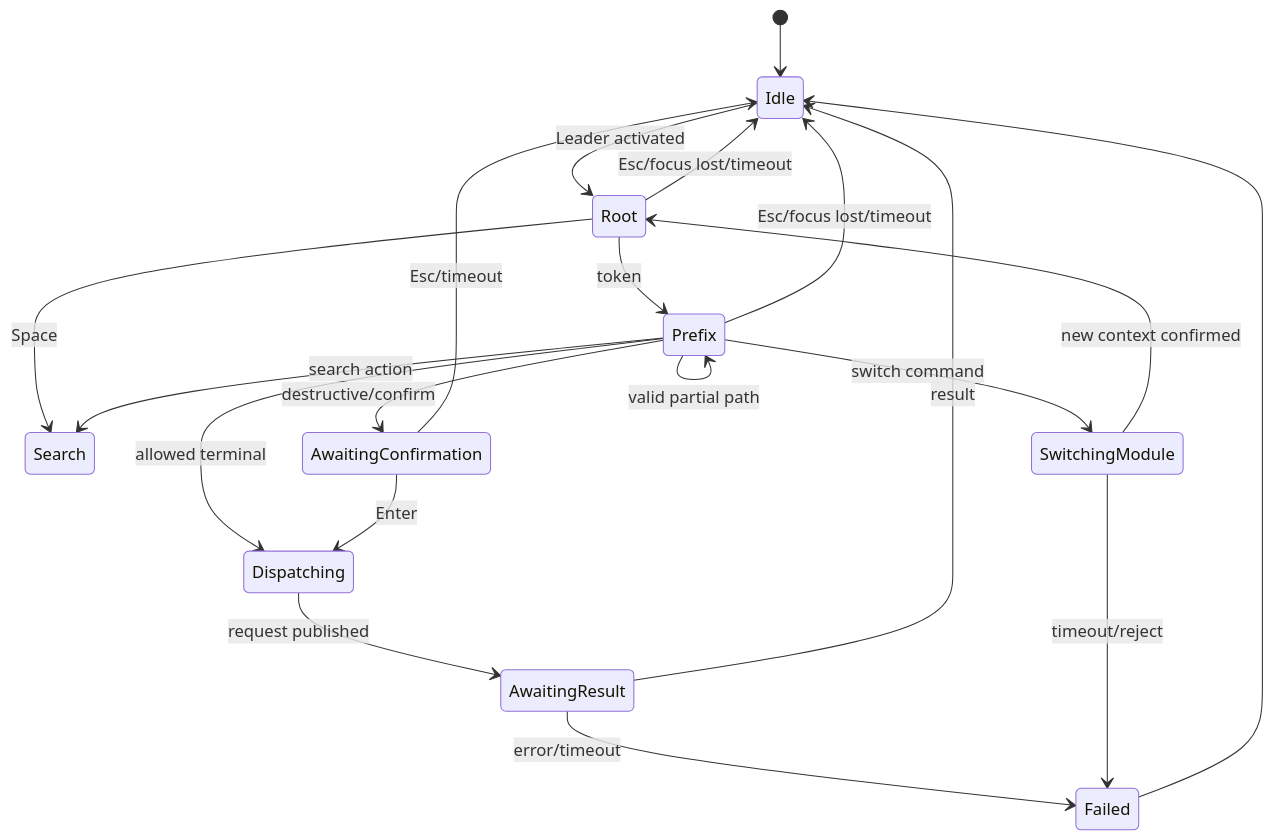
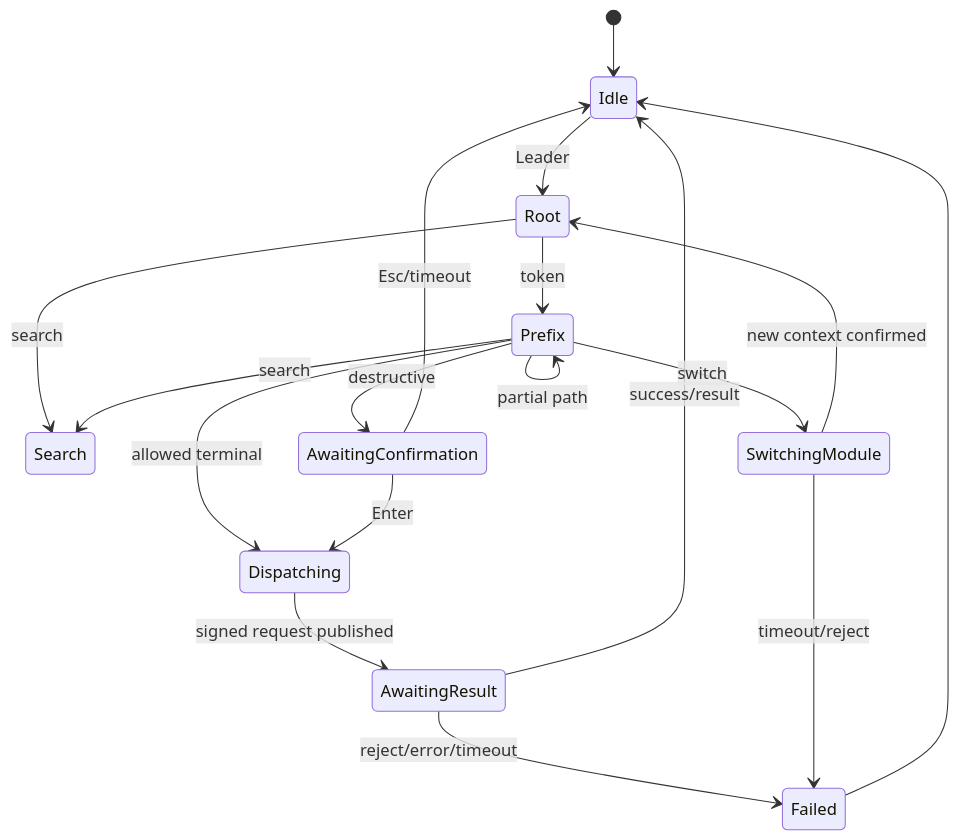
The first of 2 diagrams in docs/STATE_MACHINE_ARCHITECTURE.md (Homiakus/NXkeys), drawn with Mermaid before and after one commit. The commit also changed other lines of this file, not shown here.

Commit message:
docs: update state machine architecture for v8

````diff
--- a/docs/STATE_MACHINE_ARCHITECTURE.md
+++ b/docs/STATE_MACHINE_ARCHITECTURE.md
@@ -51,22 +53,20 @@
 ```mermaid
 stateDiagram-v2
     [*] --> Idle
-    Idle --> Root: Leader activated
+    Idle --> Root: Leader
     Root --> Prefix: token
-    Prefix --> Prefix: valid partial path
-    Root --> Search: Space
-    Prefix --> Search: search action
-    Prefix --> AwaitingConfirmation: destructive/confirm
+    Prefix --> Prefix: partial path
+    Root --> Search: search
+    Prefix --> Search: search
+    Prefix --> AwaitingConfirmation: destructive
     Prefix --> Dispatching: allowed terminal
     AwaitingConfirmation --> Dispatching: Enter
     AwaitingConfirmation --> Idle: Esc/timeout
-    Dispatching --> AwaitingResult: request published
-    AwaitingResult --> Idle: result
-    AwaitingResult --> Failed: error/timeout
-    Prefix --> SwitchingModule: switch command
+    Dispatching --> AwaitingResult: signed request published
+    AwaitingResult --> Idle: success/result
+    AwaitingResult --> Failed: reject/error/timeout
+    Prefix --> SwitchingModule: switch
     SwitchingModule --> Root: new context confirmed
     SwitchingModule --> Failed: timeout/reject
     Failed --> Idle
-    Root --> Idle: Esc/focus lost/timeout
-    Prefix --> Idle: Esc/focus lost/timeout
 ```
````
